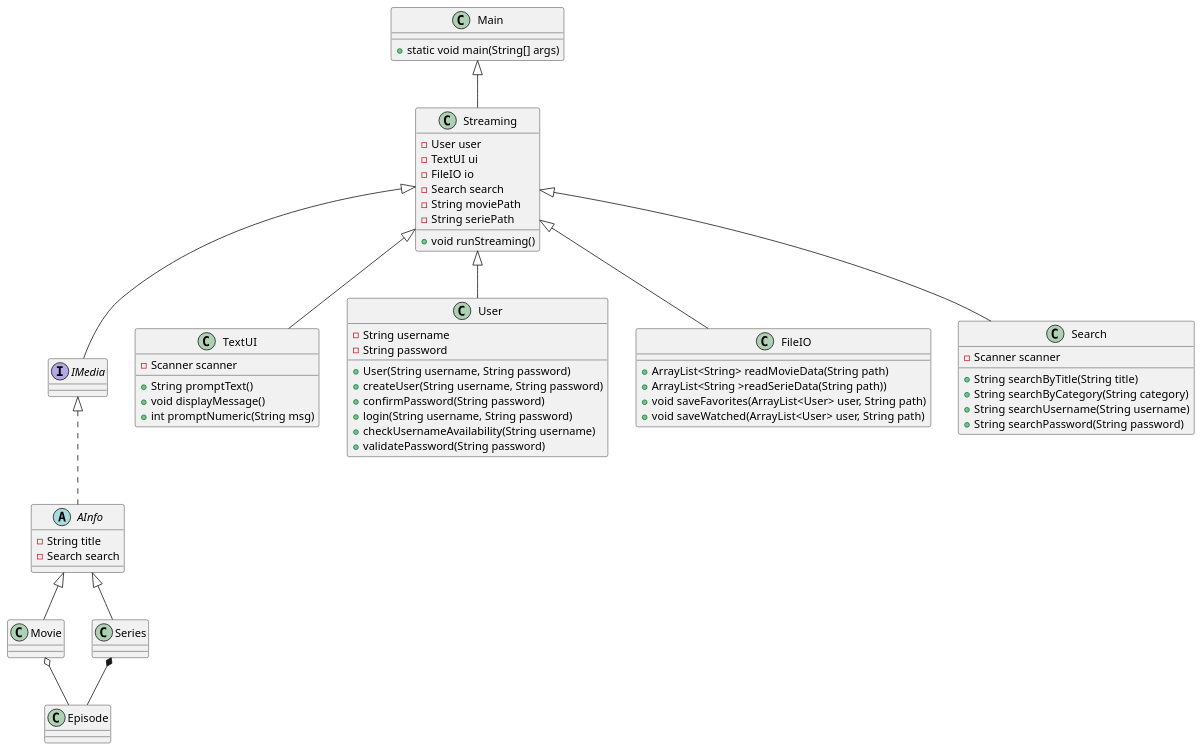
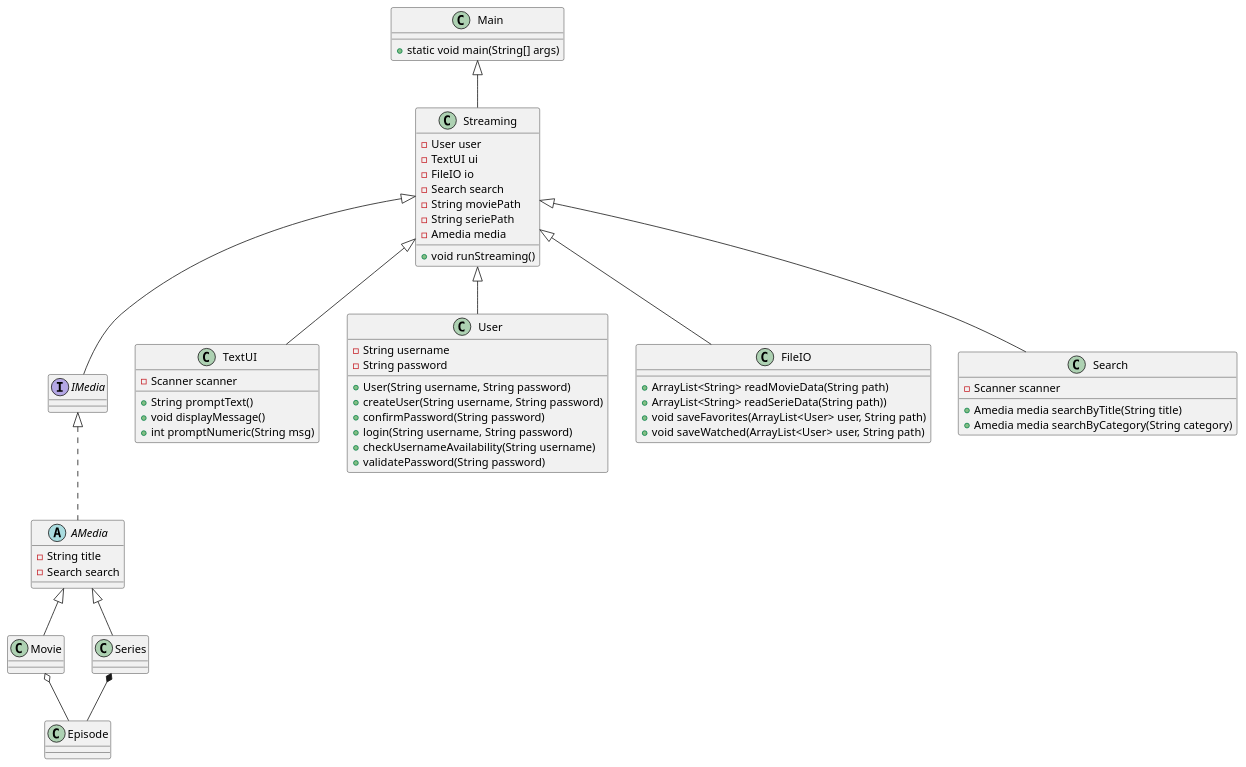
One commit to mrPrimeBeef/Sem1-Project-MovieStream changed the diagram in Doc/Static/ClassDiagram.puml. Above: the diagram before and after it, drawn with PlantUML.

Commit message:
Update on start

```diff
--- a/Doc/Static/ClassDiagram.puml
+++ b/Doc/Static/ClassDiagram.puml
@@ -1,81 +1,80 @@
 @startuml
 
 interface IMedia {
 }
 
-abstract AInfo {
+abstract AMedia {
 - String title
 - Search search
 }
 
 class Movie {
 }
 
 
 class Series {
 }
 
 class TextUI {
 - Scanner scanner
 + String promptText()
 + void displayMessage()
 + int promptNumeric(String msg)
 }
 
 class User {
 - String username
 - String password
 + User(String username, String password)
 'Methods
 + createUser(String username, String password)
 + confirmPassword(String password)
 + login(String username, String password)
 + checkUsernameAvailability(String username)
 + validatePassword(String password)
 }
 
 class Streaming {
 - User user
 - TextUI ui
 - FileIO io
 - Search search
 - String moviePath
 - String seriePath
+- Amedia media
 + void runStreaming()
 }
 
 class Main {
 + static void main(String[] args)
 }
 
 class FileIO {
 + ArrayList<String> readMovieData(String path)
-+ ArrayList<String >readSerieData(String path))
++ ArrayList<String> readSerieData(String path))
 + void saveFavorites(ArrayList<User> user, String path)
 + void saveWatched(ArrayList<User> user, String path)
 }
 
 class Search {
 - Scanner scanner
-+ String searchByTitle(String title)
-+ String searchByCategory(String category)
-+ String searchUsername(String username)
-+ String searchPassword(String password)
++ Amedia media searchByTitle(String title)
++ Amedia media searchByCategory(String category)
 }
 class Episode{
 
 }
 
 Main <|-- Streaming
 Streaming <|-- IMedia
 Streaming <|-- User
 Streaming <|-- Search
 Streaming <|-- TextUI
-IMedia <|.. AInfo
+IMedia <|.. AMedia
 Streaming <|-- FileIO
-AInfo <|-- Movie
-AInfo <|-- Series
+AMedia <|-- Movie
+AMedia  <|-- Series
 Series *-- Episode
 Movie o-- Episode
 
 @enduml
```
